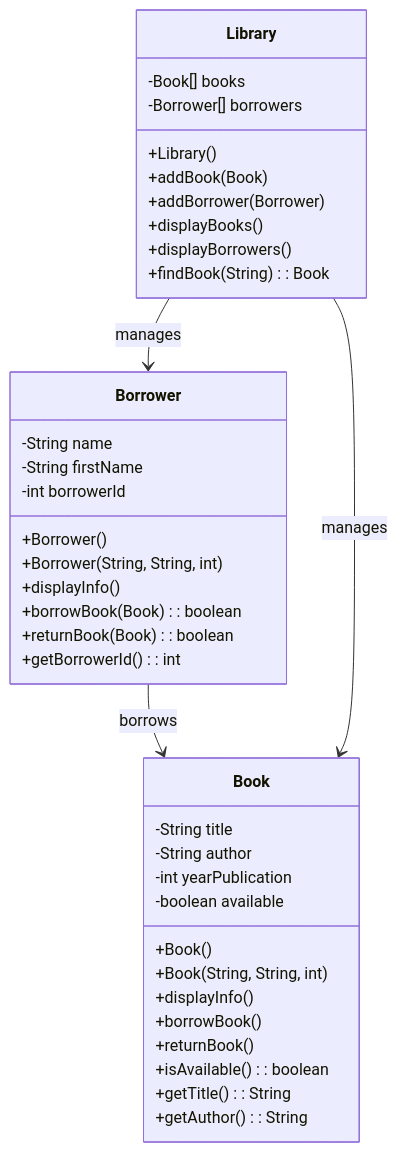
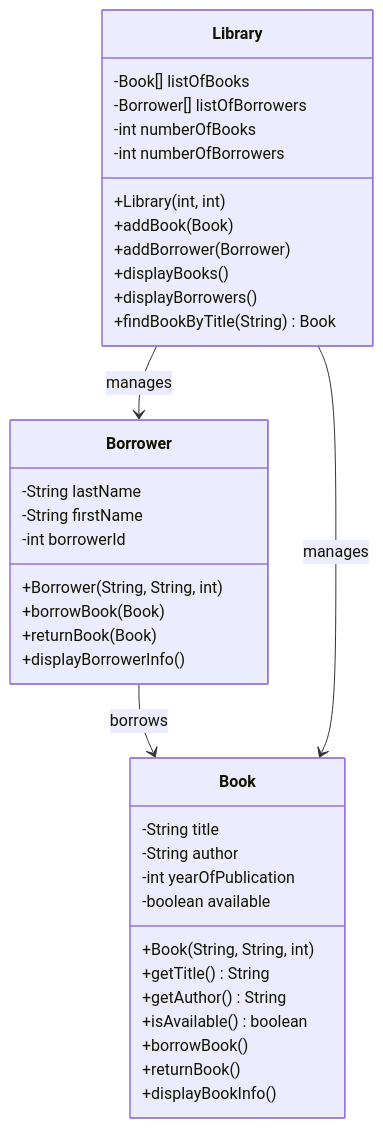
The third of 4 diagrams in README.md (Lagmouchyoussef/java-oop-bank-library), drawn with Mermaid before and after one commit. The commit also changed other lines of this file, not shown here.

````diff
--- a/README.md
+++ b/README.md
@@ -662,44 +794,43 @@
 ```mermaid
 classDiagram
     class Book {
         -String title
         -String author
-        -int yearPublication
+        -int yearOfPublication
         -boolean available
-        +Book()
         +Book(String, String, int)
-        +displayInfo()
+        +getTitle() String
+        +getAuthor() String
+        +isAvailable() boolean
         +borrowBook()
         +returnBook()
-        +isAvailable(): boolean
-        +getTitle(): String
-        +getAuthor(): String
+        +displayBookInfo()
     }
 
     class Borrower {
-        -String name
+        -String lastName
         -String firstName
         -int borrowerId
-        +Borrower()
         +Borrower(String, String, int)
-        +displayInfo()
-        +borrowBook(Book): boolean
-        +returnBook(Book): boolean
-        +getBorrowerId(): int
+        +borrowBook(Book)
+        +returnBook(Book)
+        +displayBorrowerInfo()
     }
 
     class Library {
-        -Book[] books
-        -Borrower[] borrowers
-        +Library()
+        -Book[] listOfBooks
+        -Borrower[] listOfBorrowers
+        -int numberOfBooks
+        -int numberOfBorrowers
+        +Library(int, int)
         +addBook(Book)
         +addBorrower(Borrower)
         +displayBooks()
         +displayBorrowers()
-        +findBook(String): Book
+        +findBookByTitle(String) Book
     }
 
     Borrower --> Book : borrows
     Library --> Book : manages
     Library --> Borrower : manages
 ```
````
